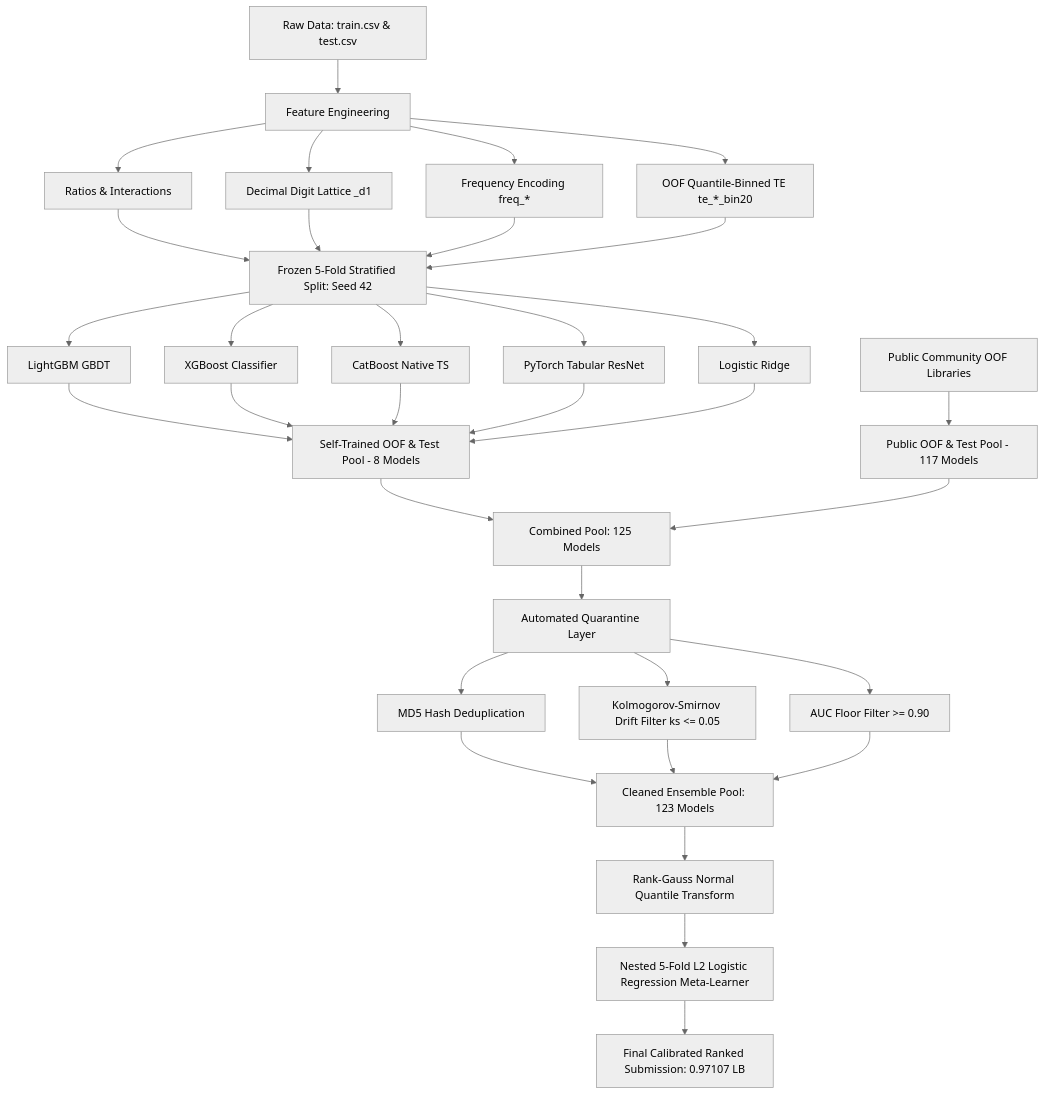
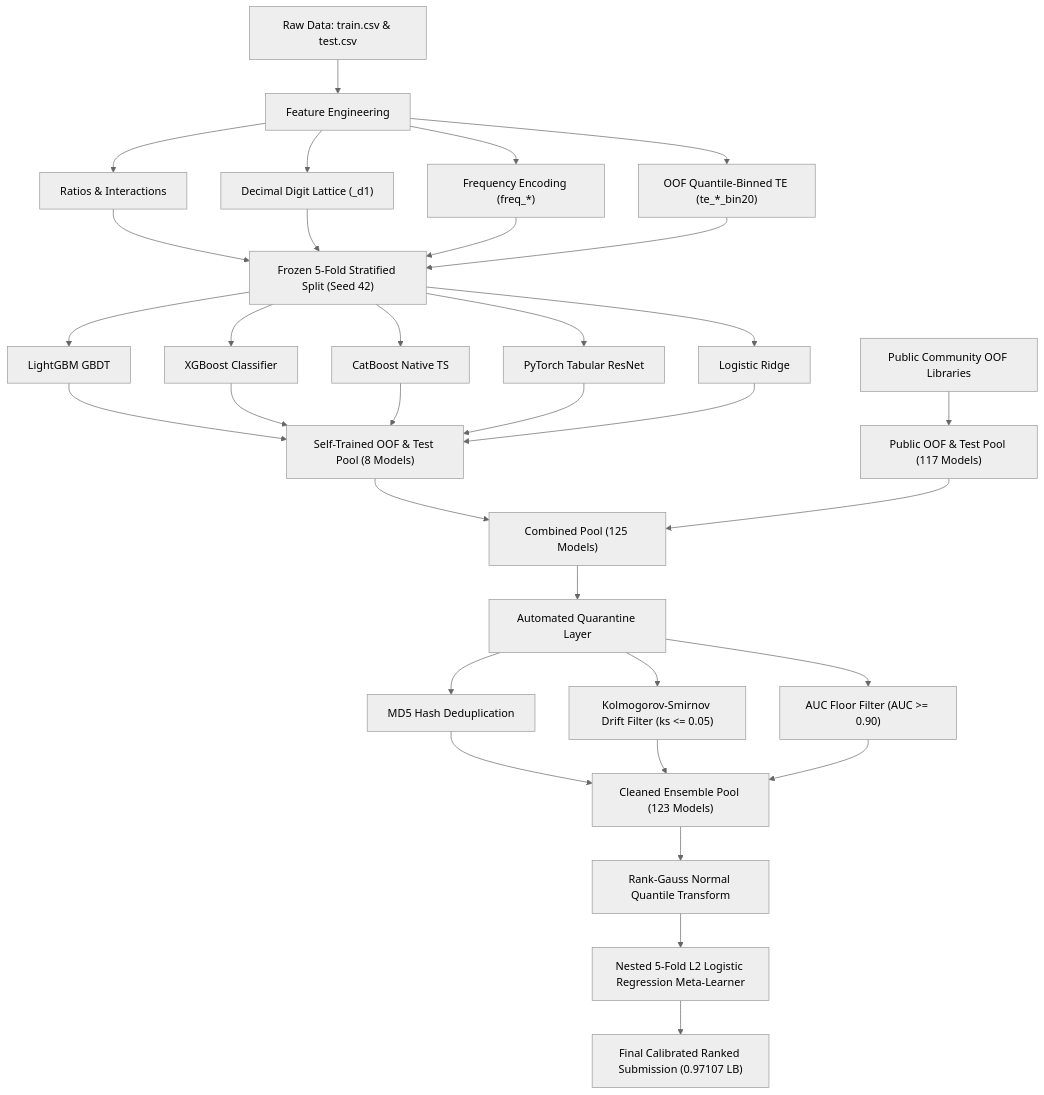
One commit to Maher-Amara/Predicting-Smartphone-Addiction changed the diagram in README.md. Above: the diagram before and after it, drawn with Mermaid (neutral theme). The commit also changed other lines of this file, not shown here.

````diff
--- a/README.md
+++ b/README.md
@@ -36,30 +36,43 @@
 ```mermaid
 flowchart TD
-    A[Raw Data: train.csv & test.csv] --> B[Feature Engineering]
-    B --> B1[Ratios & Interactions]
-    B --> B2[Decimal Digit Lattice _d1]
-    B --> B3[Frequency Encoding freq_*]
-    B --> B4[OOF Quantile-Binned TE te_*_bin20]
+    A["Raw Data: train.csv & test.csv"] --> B["Feature Engineering"]
+    B --> B1["Ratios & Interactions"]
+    B --> B2["Decimal Digit Lattice (_d1)"]
+    B --> B3["Frequency Encoding (freq_*)"]
+    B --> B4["OOF Quantile-Binned TE (te_*_bin20)"]
     
-    B1 & B2 & B3 & B4 --> C[Frozen 5-Fold Stratified Split: Seed 42]
+    B1 --> C["Frozen 5-Fold Stratified Split (Seed 42)"]
+    B2 --> C
+    B3 --> C
+    B4 --> C
     
-    C --> D1[LightGBM GBDT]
-    C --> D2[XGBoost Classifier]
-    C --> D3[CatBoost Native TS]
-    C --> D4[PyTorch Tabular ResNet]
-    C --> D5[Logistic Ridge]
+    C --> D1["LightGBM GBDT"]
+    C --> D2["XGBoost Classifier"]
+    C --> D3["CatBoost Native TS"]
+    C --> D4["PyTorch Tabular ResNet"]
+    C --> D5["Logistic Ridge"]
     
-    D1 & D2 & D3 & D4 & D5 --> E[Self-Trained OOF & Test Pool - 8 Models]
-    F[Public Community OOF Libraries] --> G[Public OOF & Test Pool - 117 Models]
+    D1 --> E["Self-Trained OOF & Test Pool (8 Models)"]
+    D2 --> E
+    D3 --> E
+    D4 --> E
+    D5 --> E
     
-    E & G --> H[Combined Pool: 125 Models]
-    H --> I[Automated Quarantine Layer]
-    I --> I1[MD5 Hash Deduplication]
-    I --> I2[Kolmogorov-Smirnov Drift Filter ks <= 0.05]
-    I --> I3[AUC Floor Filter >= 0.90]
+    F["Public Community OOF Libraries"] --> G["Public OOF & Test Pool (117 Models)"]
     
-    I1 & I2 & I3 --> J[Cleaned Ensemble Pool: 123 Models]
-    J --> K[Rank-Gauss Normal Quantile Transform]
-    K --> L[Nested 5-Fold L2 Logistic Regression Meta-Learner]
-    L --> M[Final Calibrated Ranked Submission: 0.97107 LB]
+    E --> H["Combined Pool (125 Models)"]
+    G --> H
+    
+    H --> I["Automated Quarantine Layer"]
+    I --> I1["MD5 Hash Deduplication"]
+    I --> I2["Kolmogorov-Smirnov Drift Filter (ks <= 0.05)"]
+    I --> I3["AUC Floor Filter (AUC >= 0.90)"]
+    
+    I1 --> J["Cleaned Ensemble Pool (123 Models)"]
+    I2 --> J
+    I3 --> J
+    
+    J --> K["Rank-Gauss Normal Quantile Transform"]
+    K --> L["Nested 5-Fold L2 Logistic Regression Meta-Learner"]
+    L --> M["Final Calibrated Ranked Submission (0.97107 LB)"]
 ```
````
